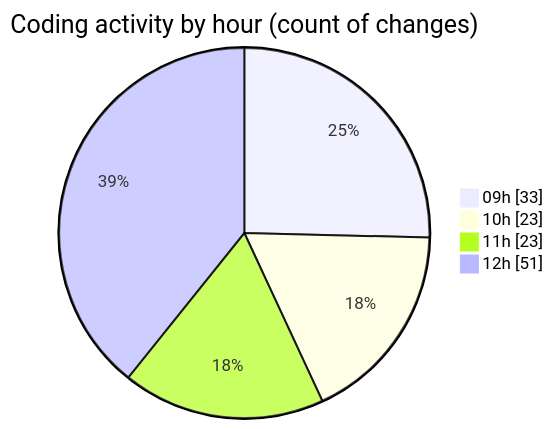
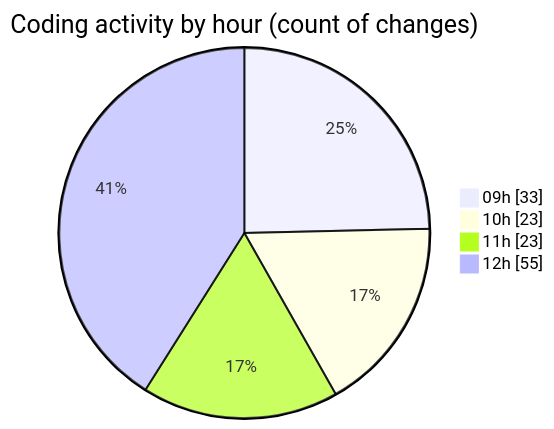
Before and after one commit to CELIANVF/code-tracking: the second of 2 diagrams in 2025-05-20/ecodeli-1/README.md, drawn with Mermaid. The commit also changed other lines of this file and 1 other file, not shown here.

````diff
--- a/2025-05-20/ecodeli-1/README.md
+++ b/2025-05-20/ecodeli-1/README.md
@@ -81,8 +83,8 @@
 ```mermaid
 pie showData
 title Coding activity by hour (count of changes)
 "09h" : 33
 "10h" : 23
 "11h" : 23
-"12h" : 51
+"12h" : 55
 ```
````
